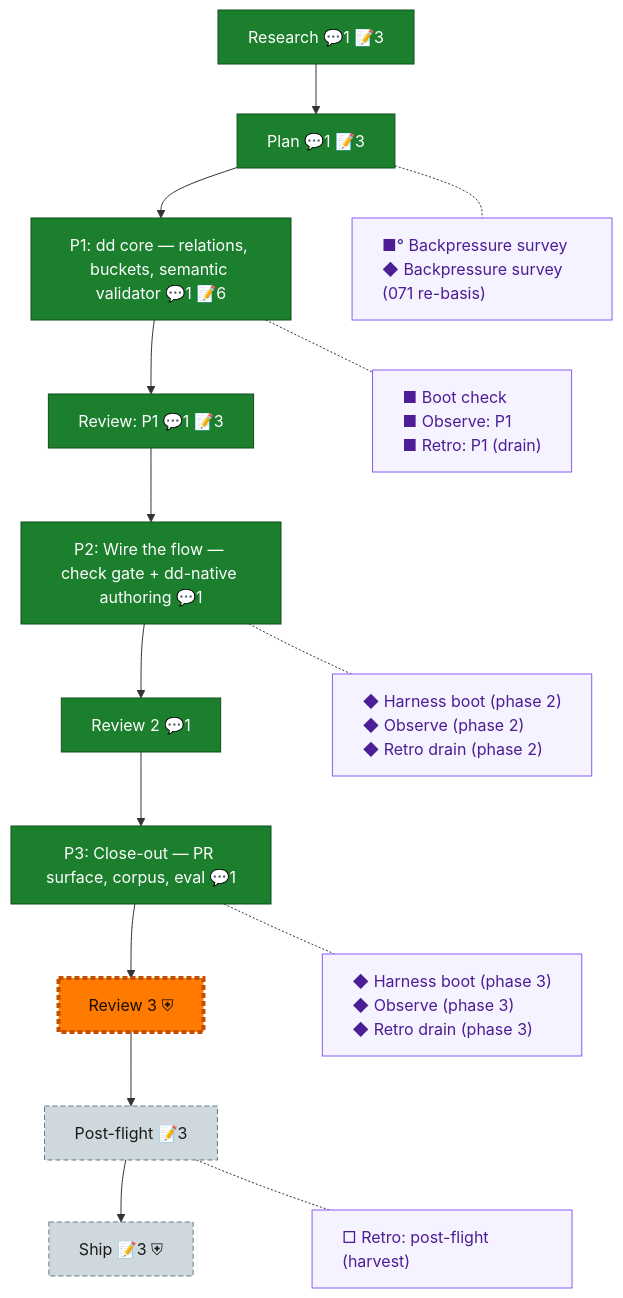
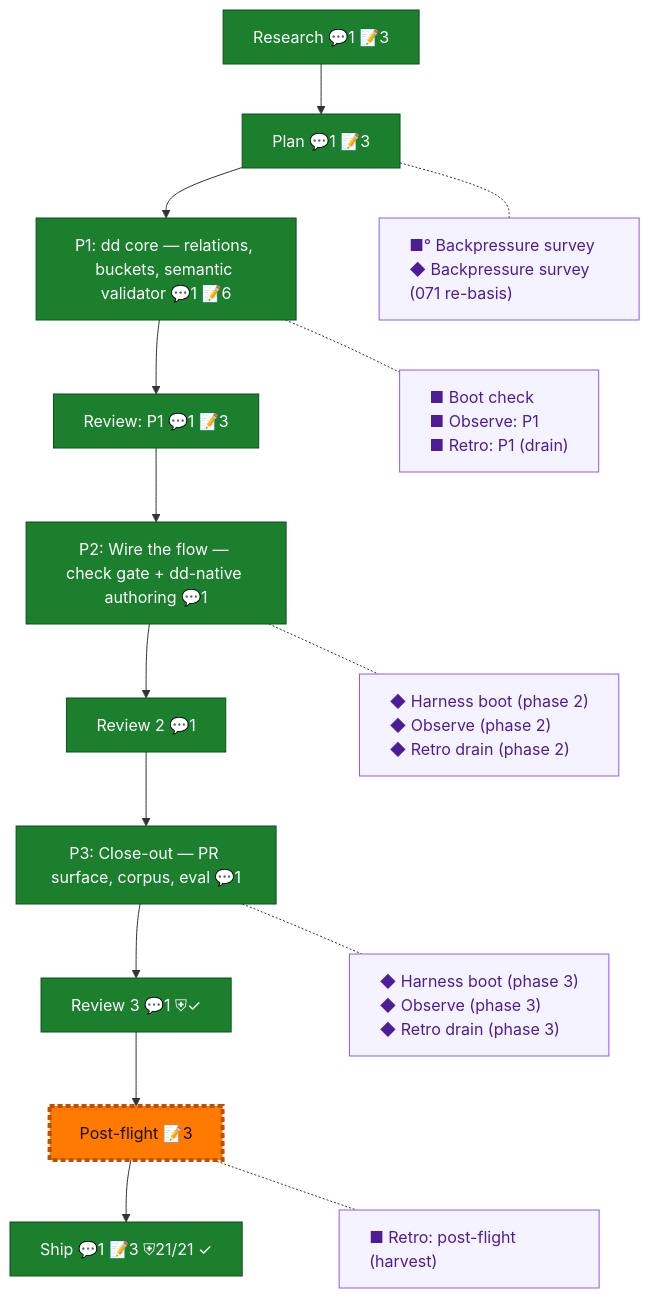
Before and after one commit to AI-Substrate/harness-engineering: the diagram in docs/plans/archive/071-dd-native-builder/the-flow.md, drawn with Mermaid. The commit also changed other lines of this file and 9 other files, not shown here.

First line of the commit message:
docs(071): plan CLOSED — strict-zero corpus, gate refusal+pass both live, PR #95 carries the computed proof table, flow at post-flight

````diff
--- a/docs/plans/archive/071-dd-native-builder/the-flow.md
+++ b/docs/plans/archive/071-dd-native-builder/the-flow.md
@@ -8,37 +8,37 @@
 ```mermaid
 flowchart TD
     research["Research 💬1 📝3"]:::done
     plan["Plan 💬1 📝3"]:::done
     phase_1["P1: dd core — relations, buckets, semantic validator 💬1 📝6"]:::done
     review_1["Review: P1 💬1 📝3"]:::done
     phase_2["P2: Wire the flow — check gate + dd-native authoring 💬1"]:::done
     review_2["Review 2 💬1"]:::done
     phase_3["P3: Close-out — PR surface, corpus, eval 💬1"]:::done
-    review_3["Review 3 ⛨"]:::assumed
+    review_3["Review 3 💬1 ⛨✓"]:::done
     post_flight["Post-flight 📝3"]:::assumed
-    ship["Ship 📝3 ⛨"]:::assumed
+    ship["Ship 💬1 📝3 ⛨21/21 ✓"]:::done
 
     research --> plan --> phase_1 --> review_1 --> phase_2 --> review_2 --> phase_3 --> review_3 --> post_flight --> ship
 
     planC["■° Backpressure survey<br/>◆ Backpressure survey (071 re-basis)"]:::chore
     phase_1C["■ Boot check<br/>■ Observe: P1<br/>■ Retro: P1 (drain)"]:::chore
     phase_2C["◆ Harness boot (phase 2)<br/>◆ Observe (phase 2)<br/>◆ Retro drain (phase 2)"]:::chore
     phase_3C["◆ Harness boot (phase 3)<br/>◆ Observe (phase 3)<br/>◆ Retro drain (phase 3)"]:::chore
-    post_flightC["□ Retro: post-flight (harvest)"]:::chore
+    post_flightC["■ Retro: post-flight (harvest)"]:::chore
 
     %% invisible chain holds the gutter boxes in their own column
     planC ~~~ phase_1C ~~~ phase_2C ~~~ phase_3C ~~~ post_flightC
 
     %% dotted links pull each gutter box beside its node
     plan -.- planC
     phase_1 -.- phase_1C
     phase_2 -.- phase_2C
     phase_3 -.- phase_3C
     post_flight -.- post_flightC
 
     classDef done fill:#1B7F2E,stroke:#0F4F1B,color:#fff;
     classDef assumed fill:#CFD8DC,stroke:#607D8B,color:#1a1a1a,stroke-dasharray:5 3;
     classDef chore fill:#f5f3ff,stroke:#8b5cf6,color:#4c1d95,text-align:left;
     classDef current fill:#FF7A00,stroke:#C24E00,color:#1a0e00,stroke-width:4px;
-    class review_3 current;
+    class post_flight current;
 ```
````
